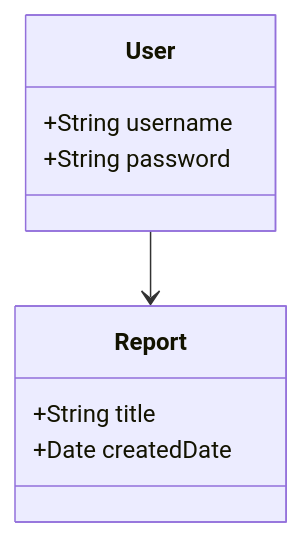
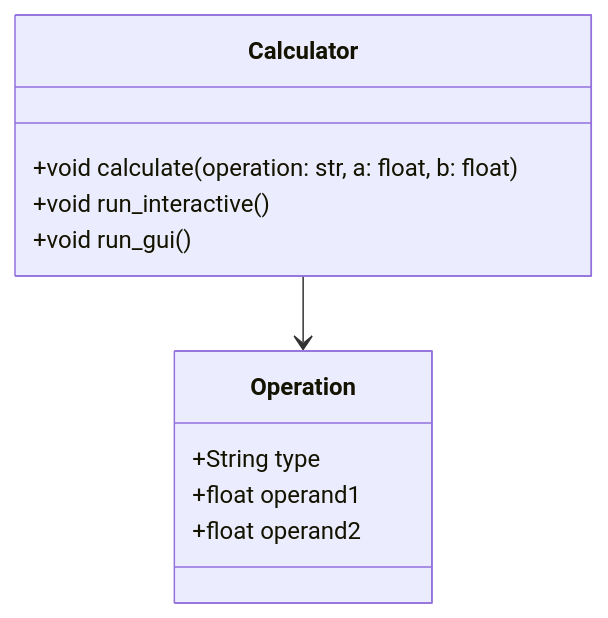
One commit to thoaihcmc/docs-pipeline-e2e-test changed the diagram in docs/add.md. Above: the diagram before and after it, drawn with Mermaid. The commit also changed other lines of this file and 6 other files, not shown here.

Commit message:
docs: auto-generate FDD, BDD, ADD and diagrams for 4ce49b000eb902ba9ecafbc721b8a65889576ca4

````diff
--- a/docs/add.md
+++ b/docs/add.md
@@ -14,12 +13,14 @@
 ```mermaid
 classDiagram  
-  class User {  
-    +String username  
-    +String password  
+  class Calculator {  
+    +void calculate(operation: str, a: float, b: float)  
+    +void run_interactive()  
+    +void run_gui()  
   }  
-  class Report {  
-    +String title  
-    +Date createdDate  
+  class Operation {  
+    +String type  
+    +float operand1  
+    +float operand2  
   }  
-  User --> Report
+  Calculator --> Operation
 ```
````
